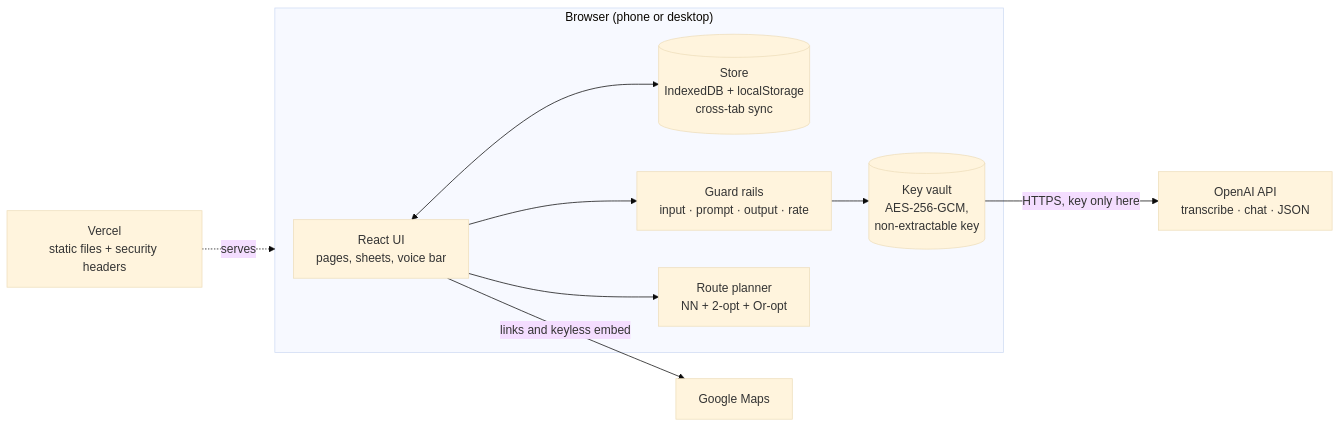
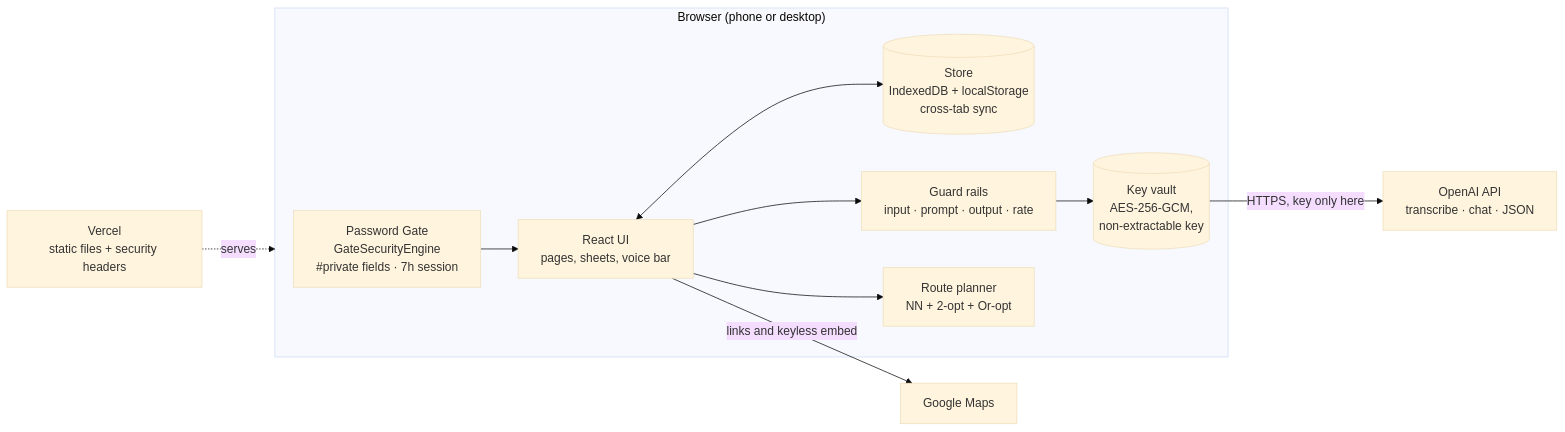
One commit to Arvindmeen/Glass-Manufacturer-CRM changed the seventh of 25 diagrams in docs/ARCHITECTURE.md. Above: the diagram before and after it, drawn with Mermaid (base theme). The commit also changed other lines of this file and 3 other files, not shown here.

````diff
--- a/docs/ARCHITECTURE.md
+++ b/docs/ARCHITECTURE.md
@@ -268,16 +269,16 @@
 ```mermaid
 flowchart LR
     subgraph Browser["Browser (phone or desktop)"]
-        UI[React UI<br/>pages, sheets, voice bar]
+        Gate[Password Gate<br/>GateSecurityEngine<br/>#private fields · 7h session] --> UI[React UI<br/>pages, sheets, voice bar]
         Store[(Store<br/>IndexedDB + localStorage<br/>cross-tab sync)]
         Vault[(Key vault<br/>AES-256-GCM,<br/>non-extractable key)]
         Guard[Guard rails<br/>input · prompt · output · rate]
         Route[Route planner<br/>NN + 2-opt + Or-opt]
         UI <--> Store
         UI --> Guard --> Vault
         UI --> Route
     end
     Vault -->|HTTPS, key only here| OAI[OpenAI API<br/>transcribe · chat · JSON]
     UI -->|links and keyless embed| GM[Google Maps]
     Vercel[Vercel<br/>static files + security headers] -.serves.-> Browser
 ```
````
